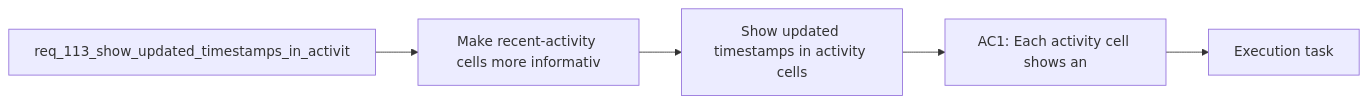
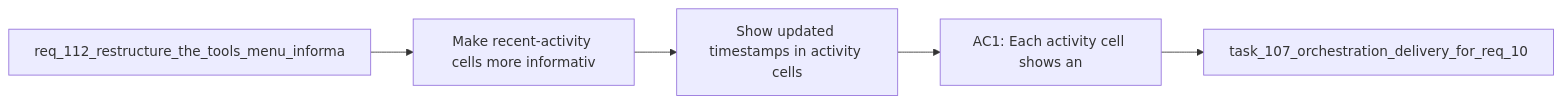
Before and after one commit to AlexAgo83/logics-manager: the diagram in logics/backlog/item_200_show_updated_timestamps_in_activity_cells.md, drawn with Mermaid. The commit also changed other lines of this file and 481 other files, not shown here.

````diff
--- a/logics/backlog/item_200_show_updated_timestamps_in_activity_cells.md
+++ b/logics/backlog/item_200_show_updated_timestamps_in_activity_cells.md
@@ -23,9 +23,9 @@
 ```mermaid
 %% logics-kind: backlog
 %% logics-signature: backlog|show-updated-timestamps-in-activity-cell|req-112-restructure-the-tools-menu-infor|make-recent-activity-cells-more-informat|ac1-each-activity-cell-shows-an
 flowchart LR
-    Request[req_113_show_updated_timestamps_in_activit] --> Problem[Make recent-activity cells more informativ]
+    Request[req_112_restructure_the_tools_menu_informa] --> Problem[Make recent-activity cells more informativ]
     Problem --> Scope[Show updated timestamps in activity cells]
     Scope --> Acceptance[AC1: Each activity cell shows an]
-    Acceptance --> Tasks[Execution task]
+    Acceptance --> Tasks[task_107_orchestration_delivery_for_req_10]
 ```
````
